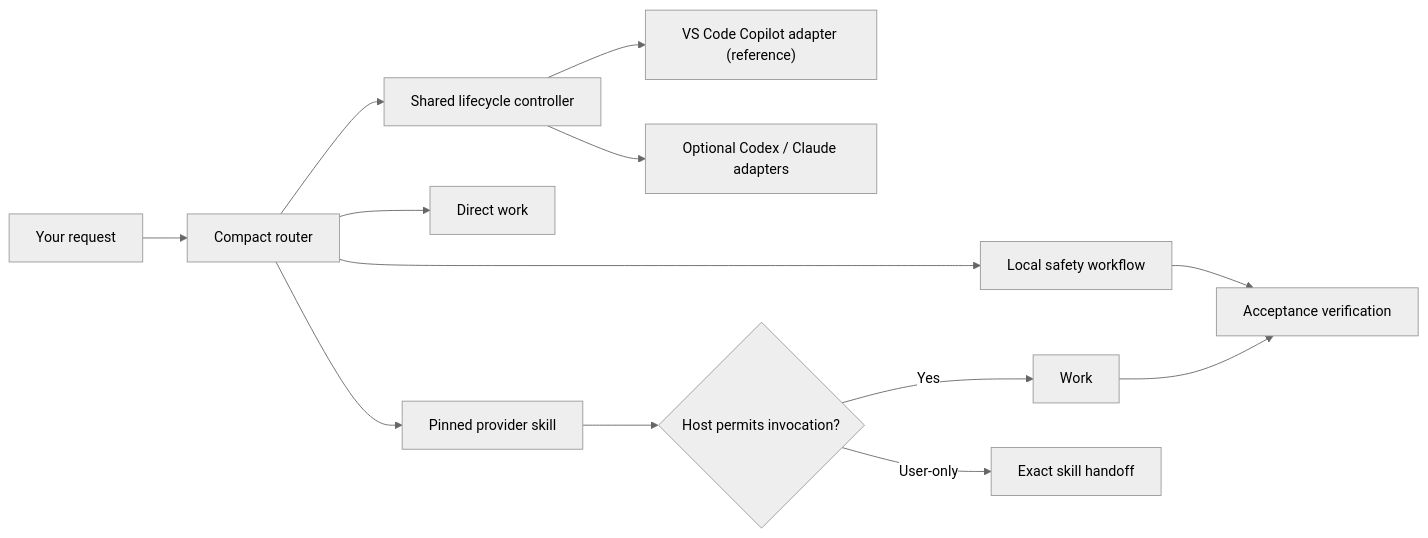
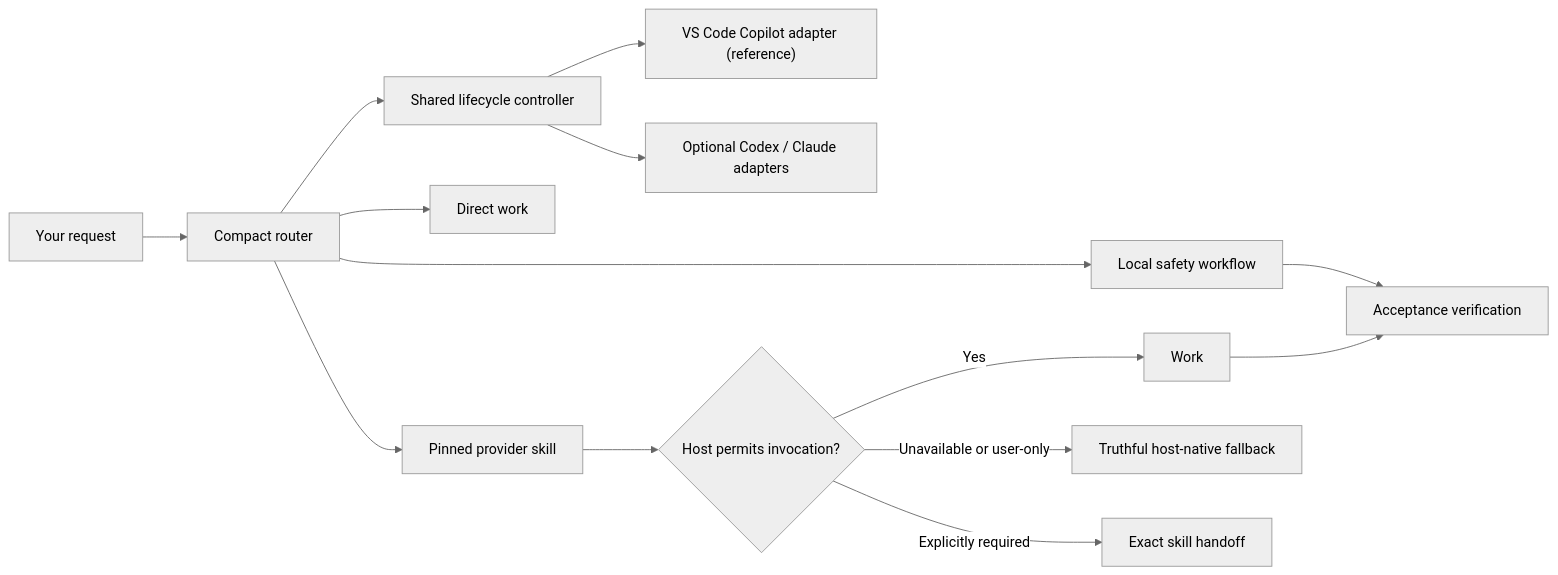
Before and after one commit to jimmfan/agentic-workflow: the diagram in README.md, drawn with Mermaid (neutral theme). The commit also changed other lines of this file and 30 other files, not shown here.

````diff
--- a/README.md
+++ b/README.md
@@ -10,15 +10,16 @@
 ```mermaid
 flowchart LR
     request["Your request"] --> router["Compact router"]
     router --> controller["Shared lifecycle controller"]
     controller --> vscode["VS Code Copilot adapter (reference)"]
     controller --> secondary["Optional Codex / Claude adapters"]
     router --> direct["Direct work"]
     router --> local["Local safety workflow"]
     router --> provider["Pinned provider skill"]
     provider --> gate{"Host permits invocation?"}
     gate -->|Yes| work["Work"]
-    gate -->|User-only| handoff["Exact skill handoff"]
+    gate -->|Unavailable or user-only| fallback["Truthful host-native fallback"]
+    gate -->|Explicitly required| handoff["Exact skill handoff"]
     local --> verify["Acceptance verification"]
     work --> verify
 ```
````
